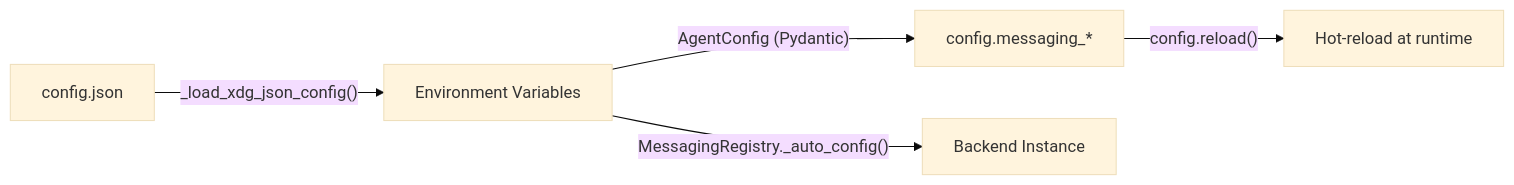
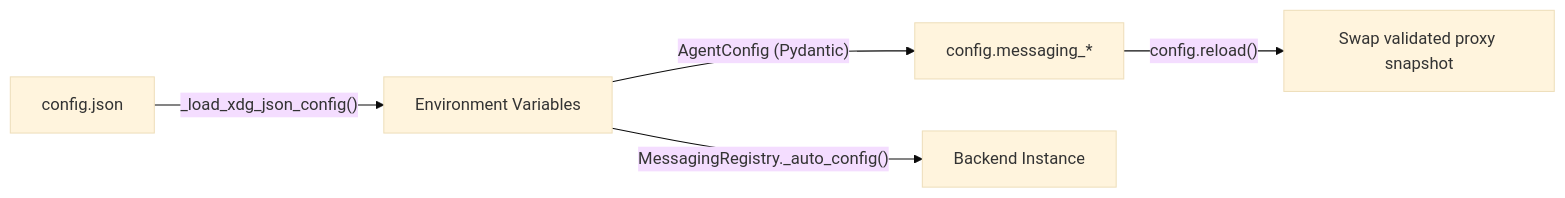
Before and after one commit to Knuckles-Team/agent-utilities: the third of 3 diagrams in docs/pillars/4_ecosystem_peripherals/ECO-4.5-Native_Messaging_Backend.md, drawn with Mermaid (base theme). The commit also changed other lines of this file and 3818 other files, not shown here.

````diff
--- a/docs/pillars/4_ecosystem_peripherals/ECO-4.5-Native_Messaging_Backend.md
+++ b/docs/pillars/4_ecosystem_peripherals/ECO-4.5-Native_Messaging_Backend.md
@@ -163,7 +162,7 @@
 ```mermaid
 flowchart LR
     CFG["config.json"] -->|"_load_xdg_json_config()"| ENV["Environment Variables"]
     ENV -->|"AgentConfig (Pydantic)"| FIELDS["config.messaging_*"]
     ENV -->|"MessagingRegistry._auto_config()"| BACKEND["Backend Instance"]
-    FIELDS -->|"config.reload()"| HOT["Hot-reload at runtime"]
+    FIELDS -->|"config.reload()"| HOT["Swap validated proxy snapshot"]
 ```
````
